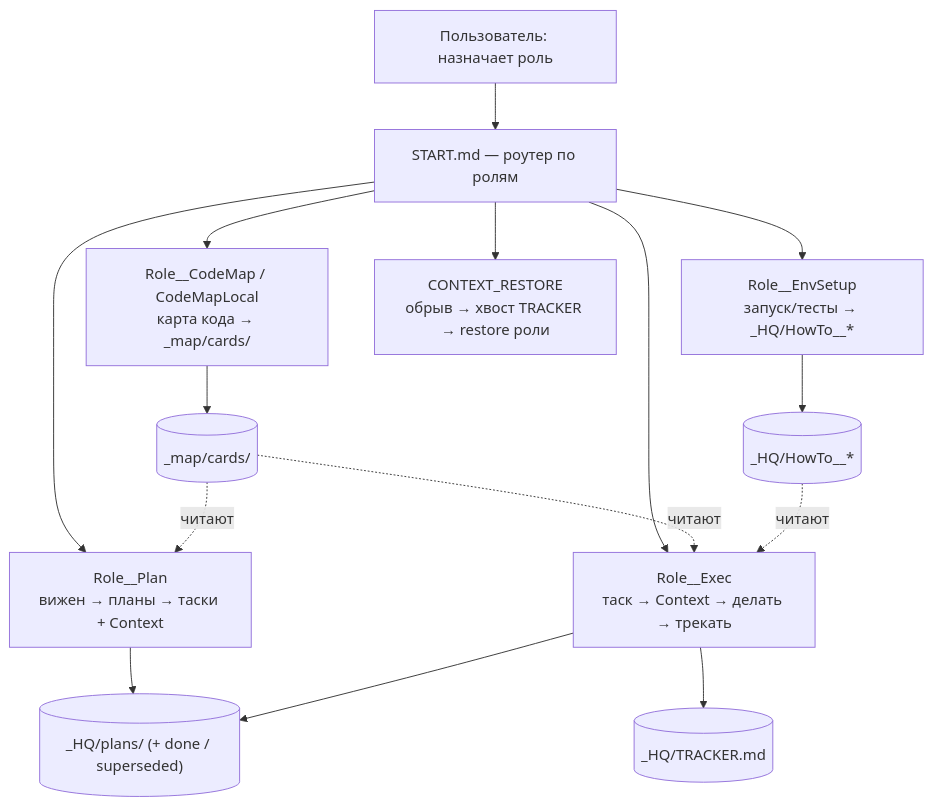
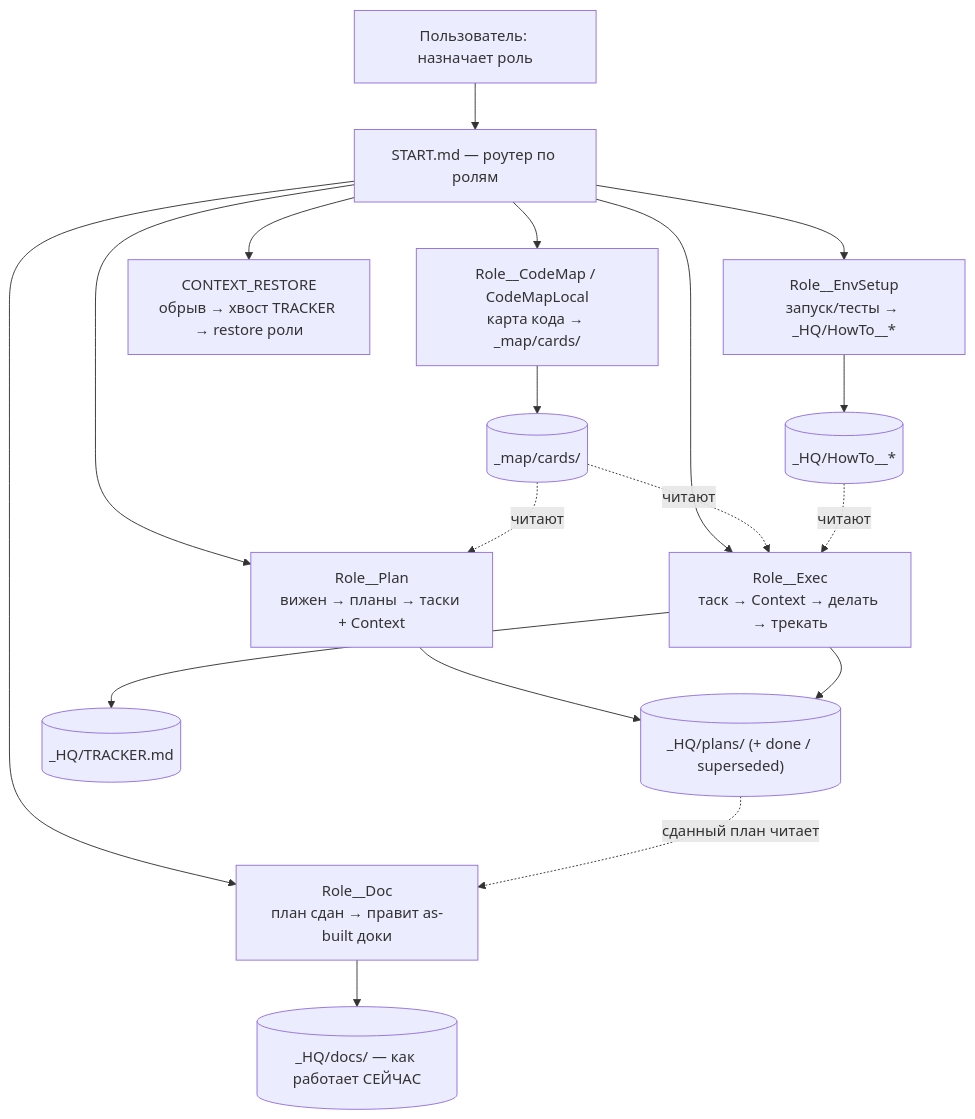
The diagram in _HQ/vision/Vision01__overview.md (seneelya/Project-Context-Box), drawn with Mermaid before and after one commit. The commit also changed other lines of this file and 8 other files, not shown here.

````diff
--- a/_HQ/vision/Vision01__overview.md
+++ b/_HQ/vision/Vision01__overview.md
@@ -20,18 +20,21 @@
 ```mermaid
 flowchart TD
   U["Пользователь: назначает роль"] --> S["START.md — роутер по ролям"]
   S --> RMAP["Role__CodeMap / CodeMapLocal<br/>карта кода → _map/cards/"]
   S --> RENV["Role__EnvSetup<br/>запуск/тесты → _HQ/HowTo__*"]
   S --> RPLAN["Role__Plan<br/>вижен → планы → таски + Context"]
   S --> REXEC["Role__Exec<br/>таск → Context → делать → трекать"]
+  S --> RDOC["Role__Doc<br/>план сдан → правит as-built доки"]
   S --> RREST["CONTEXT_RESTORE<br/>обрыв → хвост TRACKER → restore роли"]
 
   RMAP --> CARDS[("_map/cards/")]
   RENV --> HOWTO[("_HQ/HowTo__*")]
   RPLAN --> PLANS[("_HQ/plans/ (+ done / superseded)")]
   REXEC --> PLANS
   REXEC --> TR[("_HQ/TRACKER.md")]
+  RDOC --> DOCS[("_HQ/docs/ — как работает СЕЙЧАС")]
   CARDS -.->|читают| RPLAN
   CARDS -.->|читают| REXEC
+  PLANS -.->|сданный план читает| RDOC
   HOWTO -.->|читают| REXEC
 ```
````
